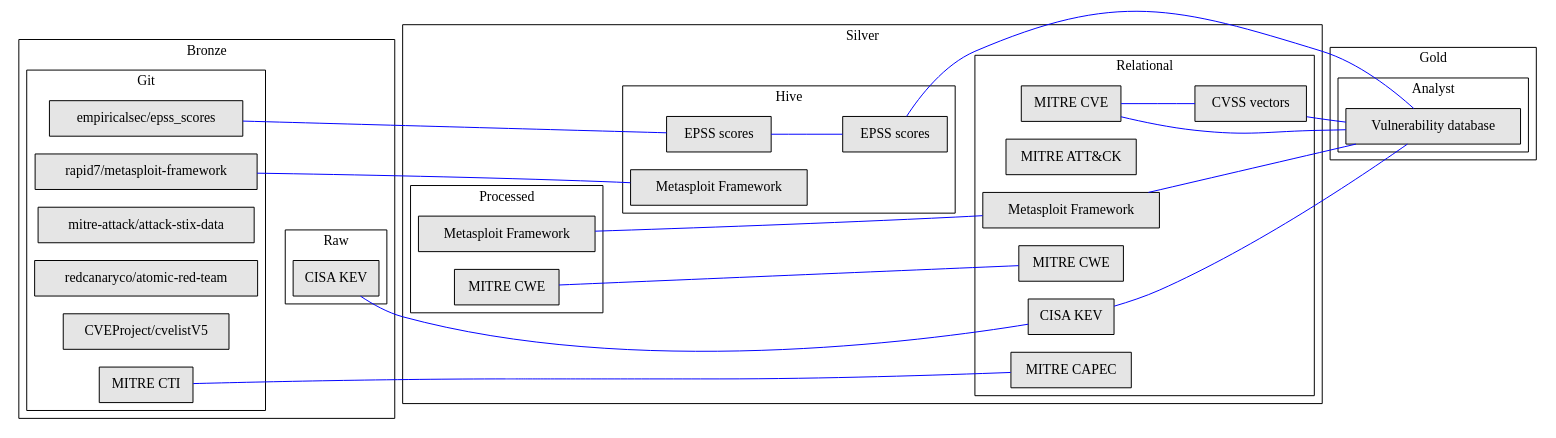
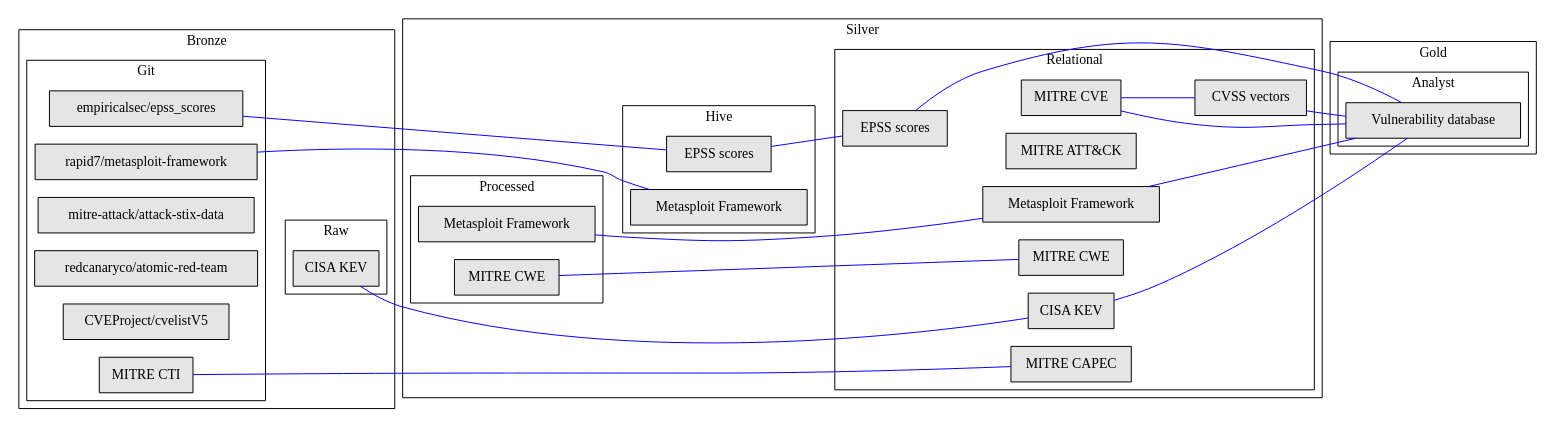
One commit to whitfieldsdad/cybersecurity-data-pipeline changed the diagram in docs/data-lineage.dot. Above: the diagram before and after it, drawn with Graphviz. The commit also changed other lines of this file and 1 other file, not shown here.

Commit message:
Update data lineage diagram

```diff
--- a/docs/data-lineage.dot
+++ b/docs/data-lineage.dot
@@ -1,133 +1,133 @@
 digraph G {
     rankdir=LR;
     node [shape=box, style=filled, fillcolor=gray90];
     edge [dir=none, color=blue];
     
     subgraph cluster_bronze {
         label="Bronze";
 
         subgraph cluster_bronze_git {
             label="Git";
 
             bronze_git_redcanaryco_atomic_red_team [label="redcanaryco/atomic-red-team"];
             bronze_git_cveproject_cvelistV5 [label="CVEProject/cvelistV5"];
             bronze_git_mitre_cti [label="MITRE CTI"];
             bronze_git_mitre_attack_attack_stix_data [label="mitre-attack/attack-stix-data"];
             bronze_git_empiricalsec_epss_scores [label="empiricalsec/epss_scores"];
             bronze_git_rapid7_metasploit_framework [label="rapid7/metasploit-framework"];
         }
 
         subgraph cluster_bronze_raw {
             label="Raw";
 
             bronze_raw_cisa_kev [label="CISA KEV"];
         }
     }
 
     subgraph cluster_silver {
         label="Silver";
 
         subgraph cluster_silver_processed {
             label="Processed";
 
             silver_processed_mitre_cwe [label="MITRE CWE"];
             silver_processed_metasploit_framework [label="Metasploit Framework"];
         }
 
         subgraph cluster_silver_hive {
             label="Hive";
 
             silver_hive_epss_scores [label="EPSS scores"];
-            silver_relational_epss_scores [label="EPSS scores"];
             silver_metasploit_framework [label="Metasploit Framework"];
         }
 
         subgraph cluster_silver_relational {
             label="Relational";
 
+            silver_relational_epss_scores [label="EPSS scores"];
             silver_relational_metasploit_framework [label="Metasploit Framework"];
             silver_relational_mitre_cve [label="MITRE CVE"];
             silver_relational_mitre_attack [label="MITRE ATT&CK"];
             silver_relational_mitre_capec [label="MITRE CAPEC"];
             silver_relational_mitre_cwe [label="MITRE CWE"];
             silver_relational_cisa_kev [label="CISA KEV"];
             silver_relational_cvss_vectors [label="CVSS vectors"];
         } 
     }
 
     subgraph cluster_gold {
         label="Gold";
 
         subgraph cluster_gold_analyst {
             label="Analyst";
 
             gold_analyst_vulnerability_database [label="Vulnerability database"];
         }
     }
     
     # Bronze to silver
     bronze_git_mitre_cti -> silver_relational_mitre_capec;
     bronze_git_rapid7_metasploit_framework -> silver_metasploit_framework;
     bronze_git_empiricalsec_epss_scores -> silver_hive_epss_scores;
 
     bronze_raw_cisa_kev -> silver_relational_cisa_kev;
 
     # Silver to silver
     silver_processed_metasploit_framework -> silver_relational_metasploit_framework;
     silver_processed_mitre_cwe -> silver_relational_mitre_cwe;
 
     silver_hive_epss_scores -> silver_relational_epss_scores;
 
     silver_relational_mitre_cve -> silver_relational_cvss_vectors;
 
     # Silver to gold
     silver_relational_cvss_vectors -> gold_analyst_vulnerability_database;
     silver_relational_epss_scores -> gold_analyst_vulnerability_database;
     silver_relational_metasploit_framework -> gold_analyst_vulnerability_database;
     silver_relational_cisa_kev -> gold_analyst_vulnerability_database;
     silver_relational_mitre_cve -> gold_analyst_vulnerability_database;
 
     # Layout: invisible edges force subgraphs side by side (left to right)
     edge [style=invis];
 
     # Git -> Raw
     {
         bronze_git_redcanaryco_atomic_red_team
         bronze_git_cveproject_cvelistV5
         bronze_git_mitre_cti
         bronze_git_mitre_attack_attack_stix_data
         bronze_git_empiricalsec_epss_scores
         bronze_git_rapid7_metasploit_framework
     } -> bronze_raw_cisa_kev;
 
     # Raw -> Processed
     bronze_raw_cisa_kev -> {
         silver_processed_mitre_cwe
         silver_processed_metasploit_framework
     };
 
     # Processed -> Hive
     {
         silver_processed_mitre_cwe
         silver_processed_metasploit_framework
     } -> {
         silver_hive_epss_scores
         silver_metasploit_framework
     };
 
     # Hive -> Relational
     {
         silver_relational_epss_scores
         silver_metasploit_framework
     } -> {
         silver_relational_metasploit_framework
         silver_relational_mitre_cve
         silver_relational_mitre_attack
         silver_relational_mitre_capec
         silver_relational_mitre_cwe
         silver_relational_cisa_kev
     };
 
     # Relational -> Gold
     silver_relational_cvss_vectors -> gold_analyst_vulnerability_database;
 }
```
